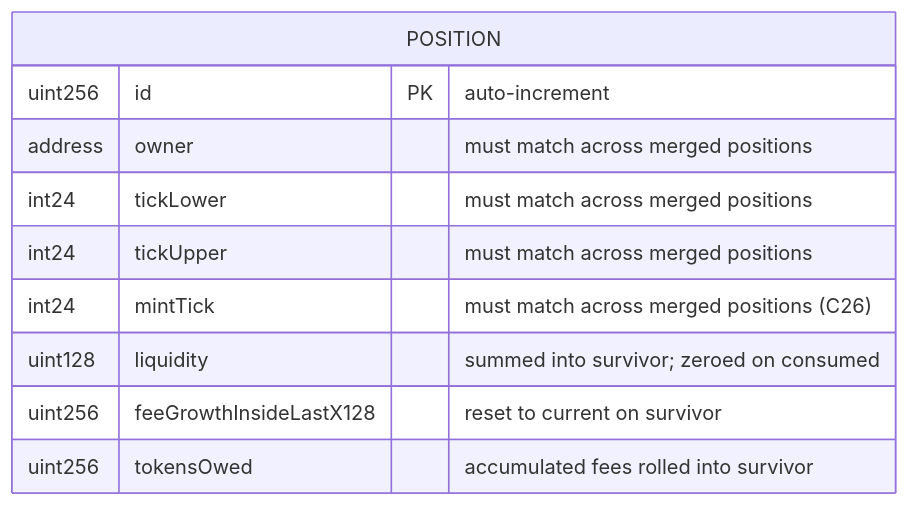
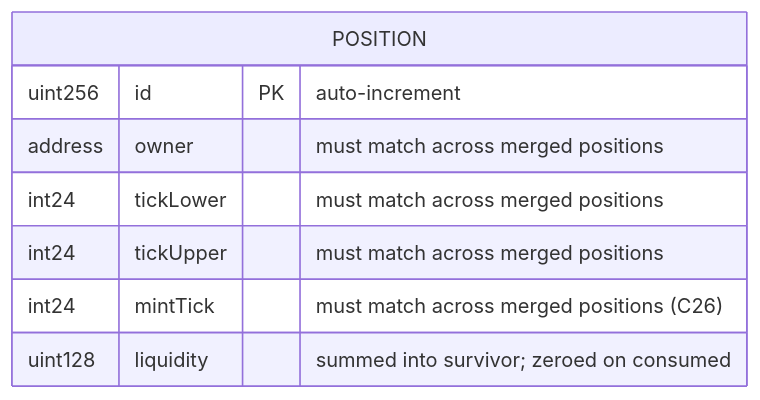
One commit to ProphetMarket/lp-vaults changed the third of 3 diagrams in specs/features/contracts/FEAT-K1M2-merge-positions/ARCHITECTURE.md. Above: the diagram before and after it, drawn with Mermaid. The commit also changed other lines of this file and 73 other files, not shown here.

````diff
--- a/specs/features/contracts/FEAT-K1M2-merge-positions/ARCHITECTURE.md
+++ b/specs/features/contracts/FEAT-K1M2-merge-positions/ARCHITECTURE.md
@@ -33,13 +33,11 @@
 ```mermaid
 erDiagram
     POSITION {
         uint256 id PK "auto-increment"
         address owner "must match across merged positions"
         int24 tickLower "must match across merged positions"
         int24 tickUpper "must match across merged positions"
         int24 mintTick "must match across merged positions (C26)"
         uint128 liquidity "summed into survivor; zeroed on consumed"
-        uint256 feeGrowthInsideLastX128 "reset to current on survivor"
-        uint256 tokensOwed "accumulated fees rolled into survivor"
     }
 ```
````
